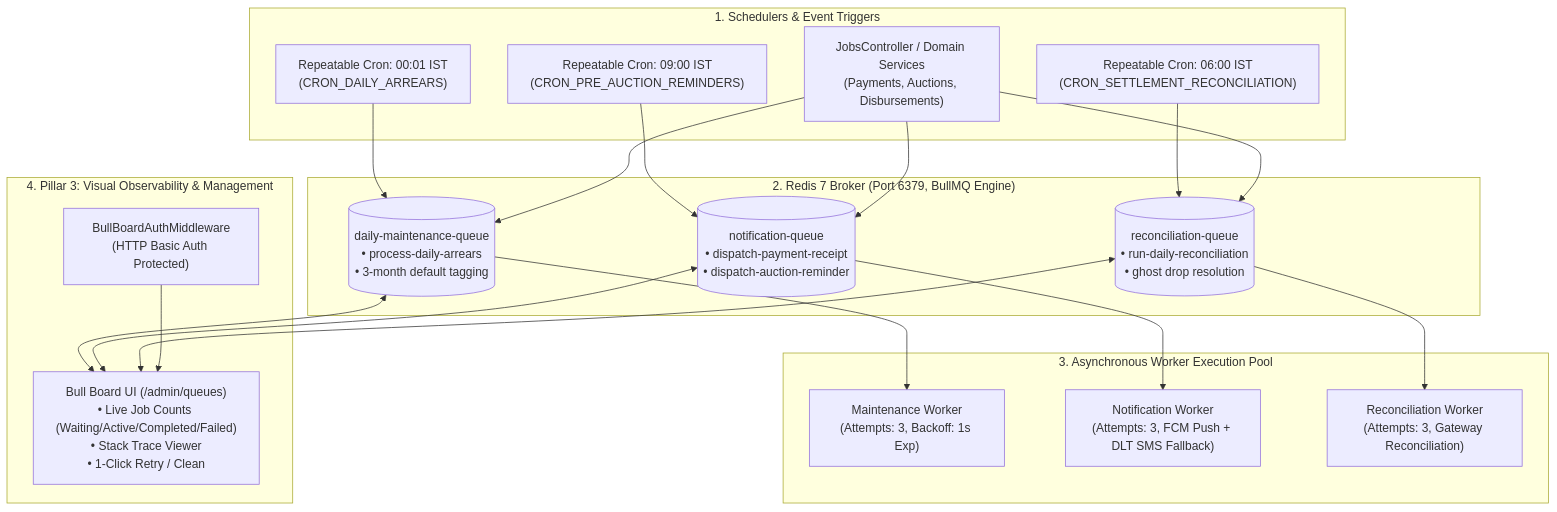
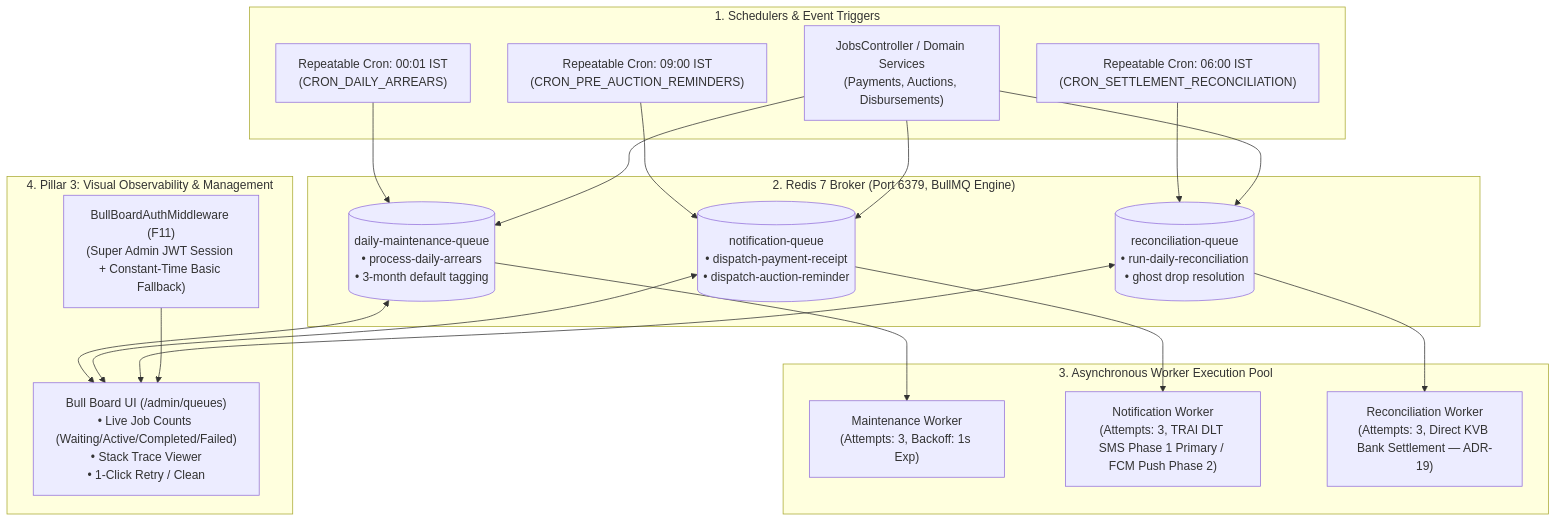
The sixth of 7 diagrams in docs/03-architecture/observability-and-monitoring-architecture.md (Kathir-24/Kumaran-finance), drawn with Mermaid before and after one commit. The commit also changed other lines of this file and 4 other files, not shown here.

````diff
--- a/docs/03-architecture/observability-and-monitoring-architecture.md
+++ b/docs/03-architecture/observability-and-monitoring-architecture.md
@@ -279,37 +283,37 @@
 ```mermaid
 flowchart TD
     subgraph PRODUCERS["1. Schedulers & Event Triggers"]
         C1["Repeatable Cron: 00:01 IST\n(CRON_DAILY_ARREARS)"]
         C2["Repeatable Cron: 06:00 IST\n(CRON_SETTLEMENT_RECONCILIATION)"]
         C3["Repeatable Cron: 09:00 IST\n(CRON_PRE_AUCTION_REMINDERS)"]
         API["JobsController / Domain Services\n(Payments, Auctions, Disbursements)"]
     end
 
     subgraph REDIS["2. Redis 7 Broker (Port 6379, BullMQ Engine)"]
         Q1[("daily-maintenance-queue\n• process-daily-arrears\n• 3-month default tagging")]
         Q2[("notification-queue\n• dispatch-payment-receipt\n• dispatch-auction-reminder")]
         Q3[("reconciliation-queue\n• run-daily-reconciliation\n• ghost drop resolution")]
     end
 
     subgraph WORKERS["3. Asynchronous Worker Execution Pool"]
         W1["Maintenance Worker\n(Attempts: 3, Backoff: 1s Exp)"]
-        W2["Notification Worker\n(Attempts: 3, FCM Push + DLT SMS Fallback)"]
-        W3["Reconciliation Worker\n(Attempts: 3, Gateway Reconciliation)"]
+        W2["Notification Worker\n(Attempts: 3, TRAI DLT SMS Phase 1 Primary / FCM Push Phase 2)"]
+        W3["Reconciliation Worker\n(Attempts: 3, Direct KVB Bank Settlement — ADR-19)"]
     end
 
     subgraph UI["4. Pillar 3: Visual Observability & Management"]
-        AUTH["BullBoardAuthMiddleware\n(HTTP Basic Auth Protected)"]
+        AUTH["BullBoardAuthMiddleware (F11)\n(Super Admin JWT Session + Constant-Time Basic Fallback)"]
         BOARD["Bull Board UI (/admin/queues)\n• Live Job Counts (Waiting/Active/Completed/Failed)\n• Stack Trace Viewer\n• 1-Click Retry / Clean"]
     end
 
     C1 & API --> Q1
     C2 & API --> Q3
     C3 & API --> Q2
 
     Q1 --> W1
     Q2 --> W2
     Q3 --> W3
 
     Q1 & Q2 & Q3 <--> BOARD
     AUTH --> BOARD
 ```
````
